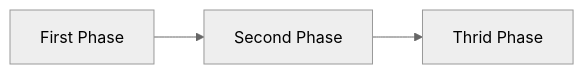
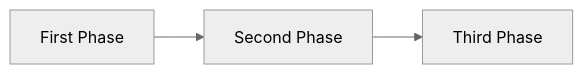
Before and after one commit to tcwbot/public: the diagram in accolades.md, drawn with Mermaid (neutral theme).

````diff
--- a/accolades.md
+++ b/accolades.md
@@ -5,6 +5,6 @@
 ```mermaid
 graph LR
 A[First Phase]
 -->B[Second Phase]
--->C[Thrid Phase]
+-->C[Third Phase]
 ```
````
